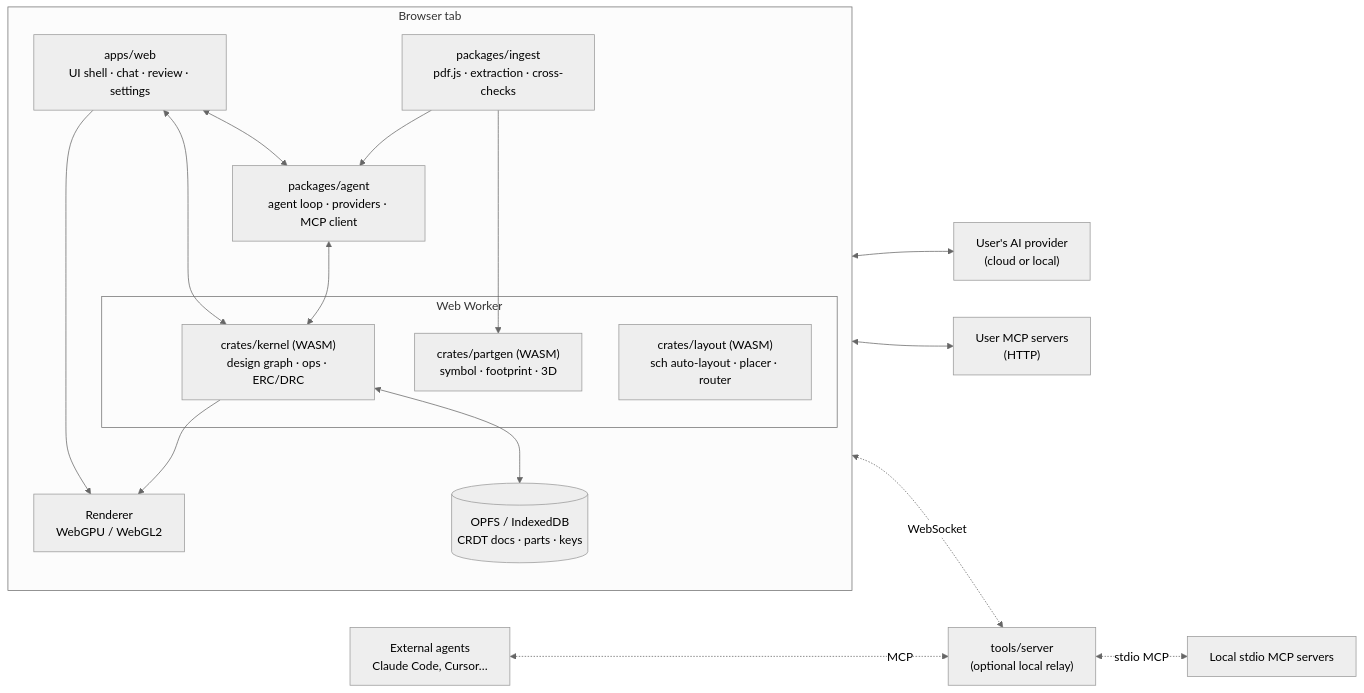
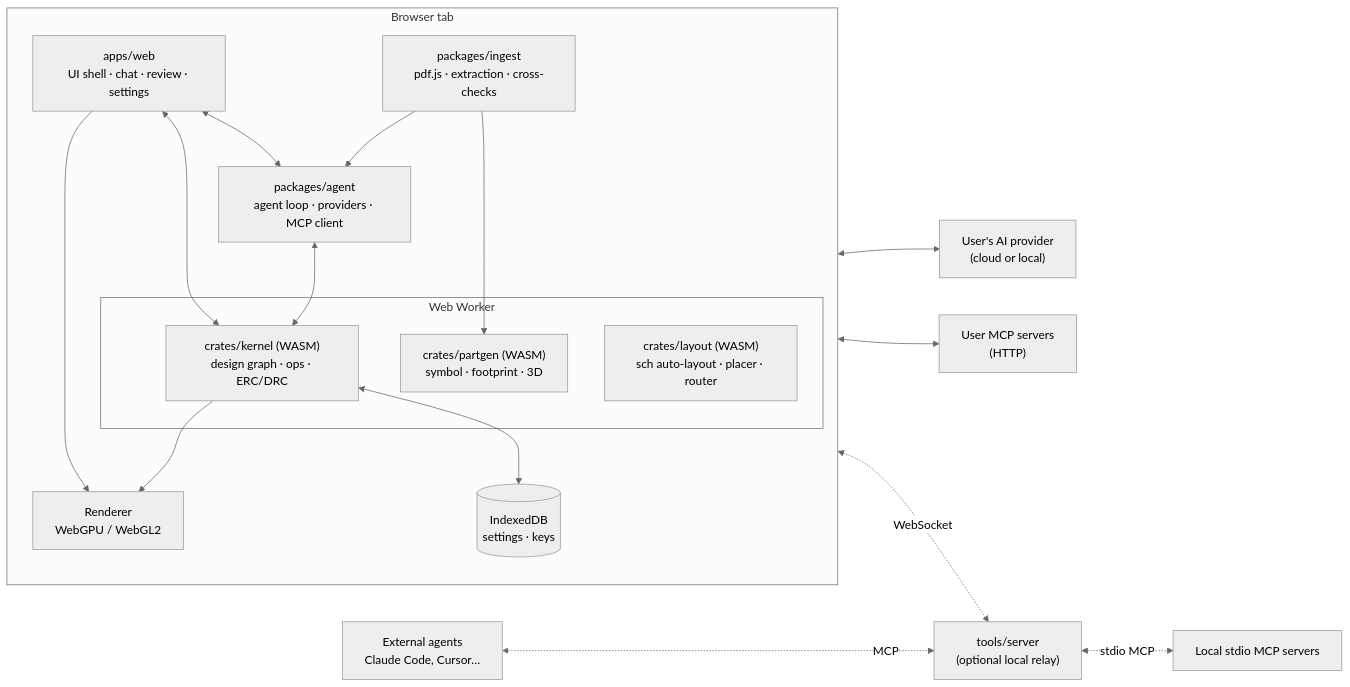
Before and after one commit to hoihu/4k7: the first of 2 diagrams in docs/ARCHITECTURE.md, drawn with Mermaid (neutral theme). The commit also changed other lines of this file and 19 other files, not shown here.

````diff
--- a/docs/ARCHITECTURE.md
+++ b/docs/ARCHITECTURE.md
@@ -151,34 +152,34 @@
 ```mermaid
 flowchart LR
   subgraph Browser["Browser tab"]
     direction TB
     UI["apps/web<br/>UI shell · chat · review · settings"]
     R["Renderer<br/>WebGPU / WebGL2"]
     AG["packages/agent<br/>agent loop · providers · MCP client"]
     ING["packages/ingest<br/>pdf.js · extraction · cross-checks"]
     subgraph W["Web Worker"]
       K["crates/kernel (WASM)<br/>design graph · ops · ERC/DRC"]
       L["crates/layout (WASM)<br/>sch auto-layout · placer · router"]
       PG["crates/partgen (WASM)<br/>symbol · footprint · 3D"]
     end
-    DB[("OPFS / IndexedDB<br/>CRDT docs · parts · keys")]
+    DB[("IndexedDB<br/>settings · keys")]
   end
   LLM["User's AI provider<br/>(cloud or local)"]
   MCP["User MCP servers<br/>(HTTP)"]
   BR["tools/server<br/>(optional local relay)"]
   EXT["External agents<br/>Claude Code, Cursor…"]
 
   UI <--> K
   UI --> R
   K --> R
   UI <--> AG
   AG <--> K
   AG <--> LLM
   AG <--> MCP
   ING --> AG
   ING --> PG
   K <--> DB
   AG <-. WebSocket .-> BR
   BR <-. stdio MCP .-> MCPL["Local stdio MCP servers"]
   EXT <-. MCP .-> BR
 ```
````
